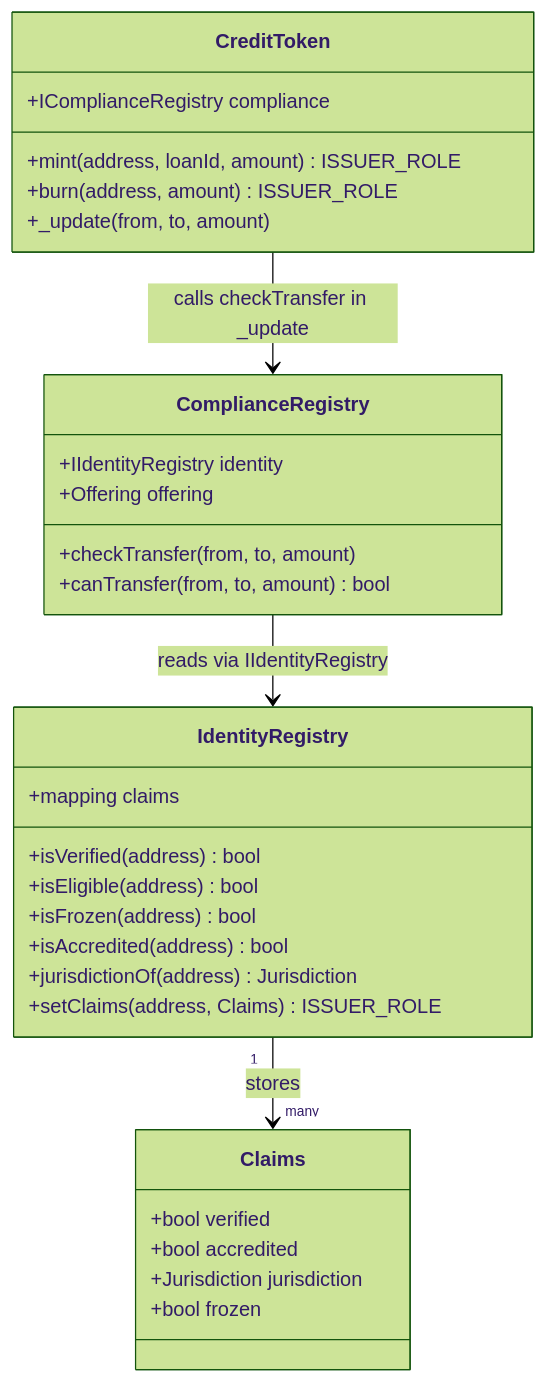
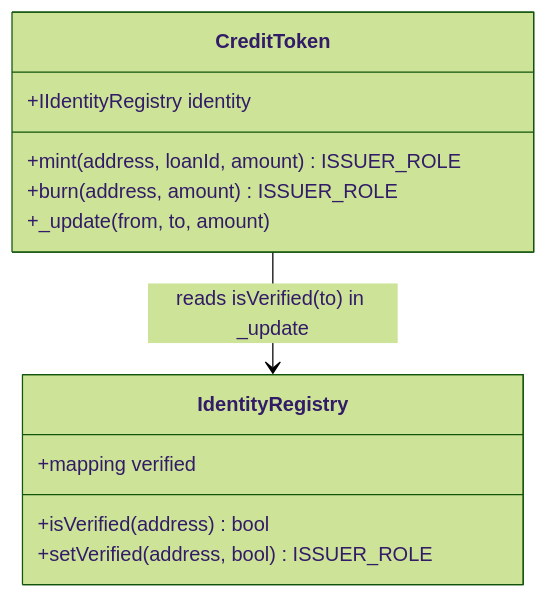
The second of 13 diagrams in docs/architecture/DESIGN.md (xbt-a4224j/permissioned-credit-ledger), drawn with Mermaid (forest theme) before and after one commit. The commit also changed other lines of this file and 69 other files, not shown here.

````diff
--- a/docs/architecture/DESIGN.md
+++ b/docs/architecture/DESIGN.md
@@ -85,37 +82,17 @@
 ```mermaid
 classDiagram
     class IdentityRegistry {
-        +mapping claims
+        +mapping verified
         +isVerified(address) bool
-        +isEligible(address) bool
-        +isFrozen(address) bool
-        +isAccredited(address) bool
-        +jurisdictionOf(address) Jurisdiction
-        +setClaims(address, Claims) ISSUER_ROLE
-    }
-
-    class Claims {
-        +bool verified
-        +bool accredited
-        +Jurisdiction jurisdiction
-        +bool frozen
-    }
-
-    class ComplianceRegistry {
-        +IIdentityRegistry identity
-        +Offering offering
-        +checkTransfer(from, to, amount)
-        +canTransfer(from, to, amount) bool
+        +setVerified(address, bool) ISSUER_ROLE
     }
 
     class CreditToken {
-        +IComplianceRegistry compliance
+        +IIdentityRegistry identity
         +mint(address, loanId, amount) ISSUER_ROLE
         +burn(address, amount) ISSUER_ROLE
         +_update(from, to, amount)
     }
 
-    IdentityRegistry "1" --> "many" Claims : stores
-    ComplianceRegistry --> IdentityRegistry : reads via IIdentityRegistry
-    CreditToken --> ComplianceRegistry : calls checkTransfer in _update
+    CreditToken --> IdentityRegistry : reads isVerified(to) in _update
 ```
````
